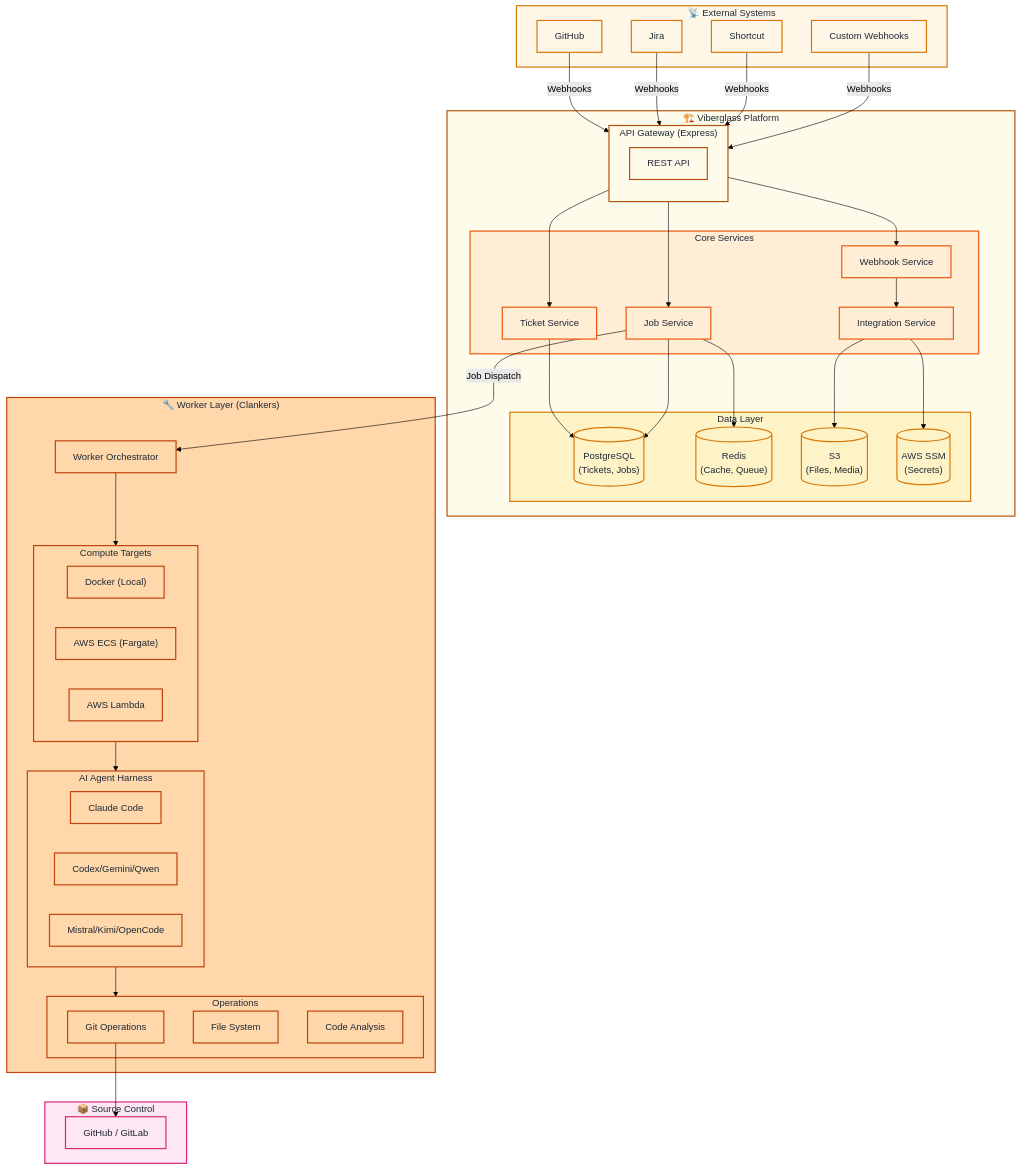
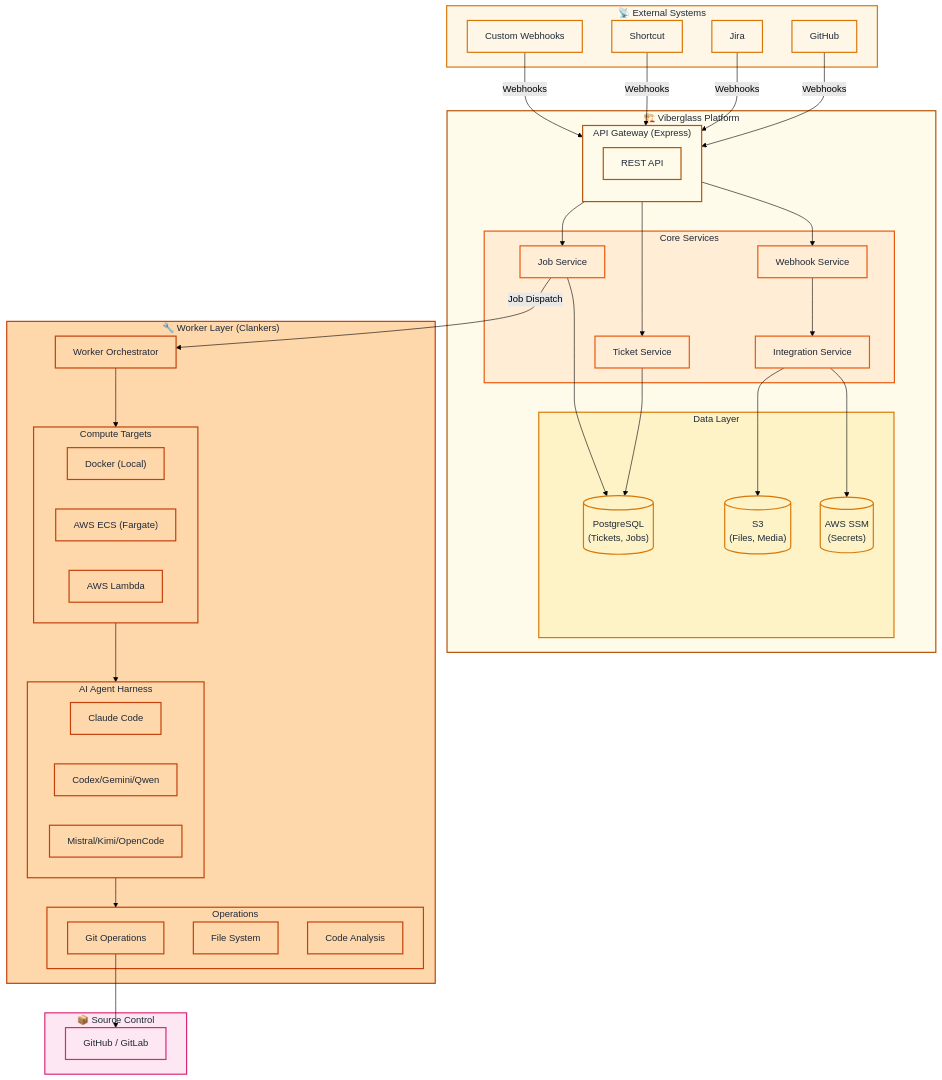
Before and after one commit to Ilities/viberglass: the first of 5 diagrams in docs/ARCHITECTURE.md, drawn with Mermaid (forest theme). The commit also changed other lines of this file and 57 other files, not shown here.

````diff
--- a/docs/ARCHITECTURE.md
+++ b/docs/ARCHITECTURE.md
@@ -56,7 +56,6 @@
 
         subgraph Data["Data Layer"]
             PG[("PostgreSQL<br/>(Tickets, Jobs)")]
-            Redis[("Redis<br/>(Cache, Queue)")]
             S3[("S3<br/>(Files, Media)")]
             SSM[("AWS SSM<br/>(Secrets)")]
         end
@@ -103,7 +102,6 @@
     %% Services to Data
     TS --> PG
     JS --> PG
-    JS --> Redis
     IS --> S3
     IS --> SSM
 
@@ -127,7 +125,7 @@
     class External,GH,Jira,SC,WH external
     class Platform,API,Gateway platform
     class Services,TS,JS,WS,IS services
-    class Data,PG,Redis,S3,SSM data
+    class Data,PG,S3,SSM data
     class Workers,Orchestrator,Compute,Docker,ECS,Lambda,Agent,A1,A2,A3,Ops,Git,FS,Code workers
     class SCM,GitHub scm
 ```
````
